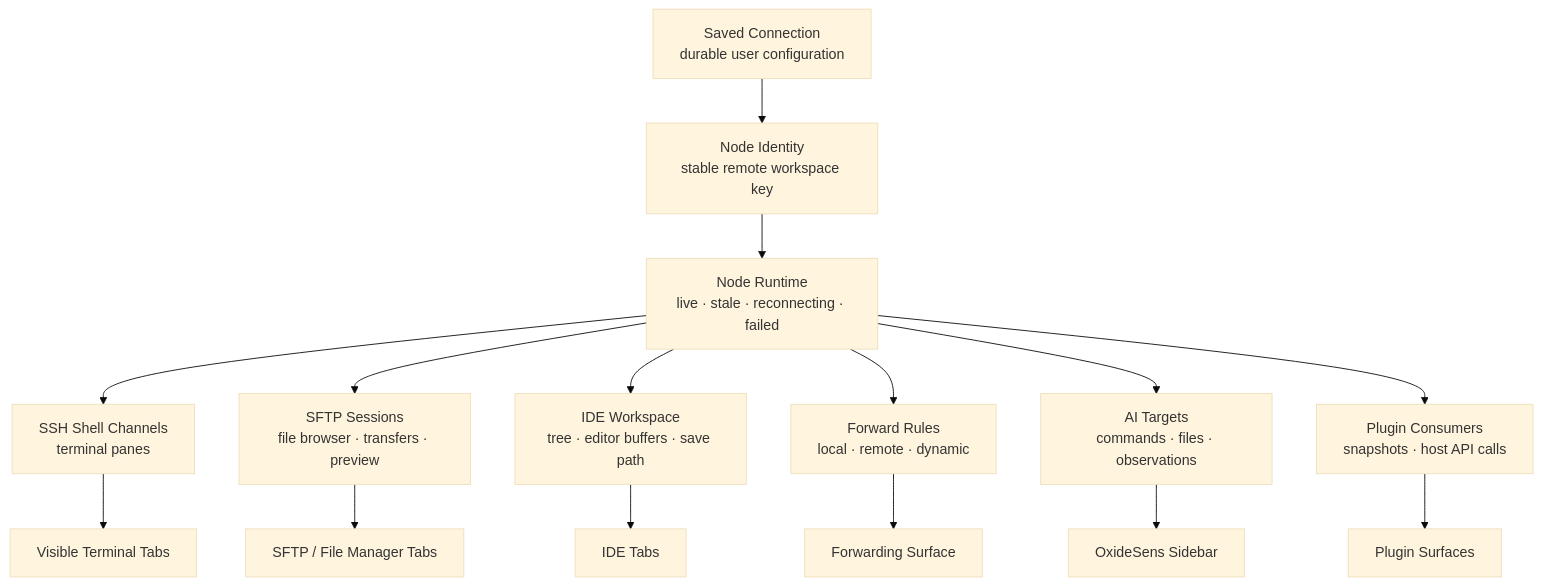
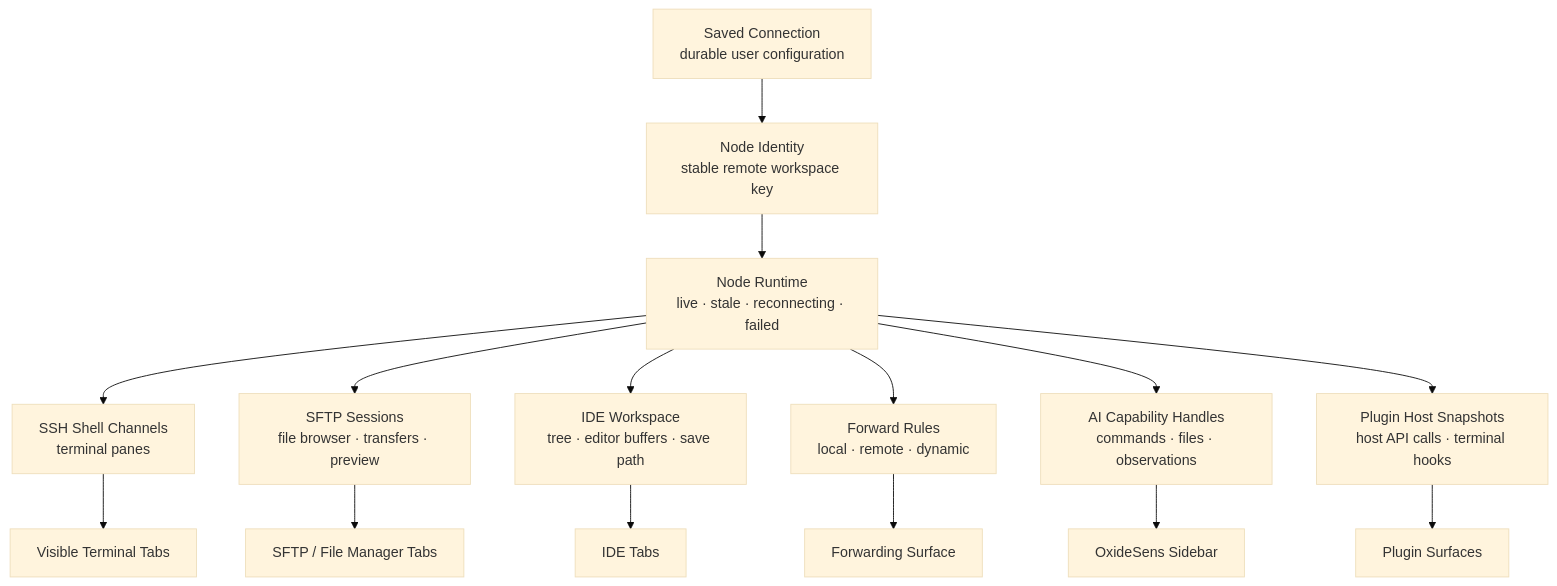
The fifth of 15 diagrams in docs/user-guide/en/architecture.md (AnalyseDeCircuit/oxideterm), drawn with Mermaid (base theme) before and after one commit. The commit also changed other lines of this file and 29 other files, not shown here.

First line of the commit message:
docs: sync feature and architecture docs across locales

````diff
--- a/docs/user-guide/en/architecture.md
+++ b/docs/user-guide/en/architecture.md
@@ -460,19 +466,19 @@
 ```mermaid
 flowchart TB
     Saved["Saved Connection<br/>durable user configuration"] --> NodeId["Node Identity<br/>stable remote workspace key"]
     NodeId --> NodeRuntime["Node Runtime<br/>live · stale · reconnecting · failed"]
 
     NodeRuntime --> Shell["SSH Shell Channels<br/>terminal panes"]
     NodeRuntime --> Sftp["SFTP Sessions<br/>file browser · transfers · preview"]
     NodeRuntime --> Ide["IDE Workspace<br/>tree · editor buffers · save path"]
     NodeRuntime --> Forward["Forward Rules<br/>local · remote · dynamic"]
-    NodeRuntime --> AiTarget["AI Targets<br/>commands · files · observations"]
-    NodeRuntime --> PluginConsumers["Plugin Consumers<br/>snapshots · host API calls"]
+    NodeRuntime --> AiTarget["AI Capability Handles<br/>commands · files · observations"]
+    NodeRuntime --> PluginConsumers["Plugin Host Snapshots<br/>host API calls · terminal hooks"]
 
     Shell --> TerminalTabs["Visible Terminal Tabs"]
     Sftp --> SftpTabs["SFTP / File Manager Tabs"]
     Ide --> IdeTabs["IDE Tabs"]
     Forward --> ForwardSurface["Forwarding Surface"]
     AiTarget --> AiSidebar["OxideSens Sidebar"]
     PluginConsumers --> PluginSurfaces["Plugin Surfaces"]
 ```
````
